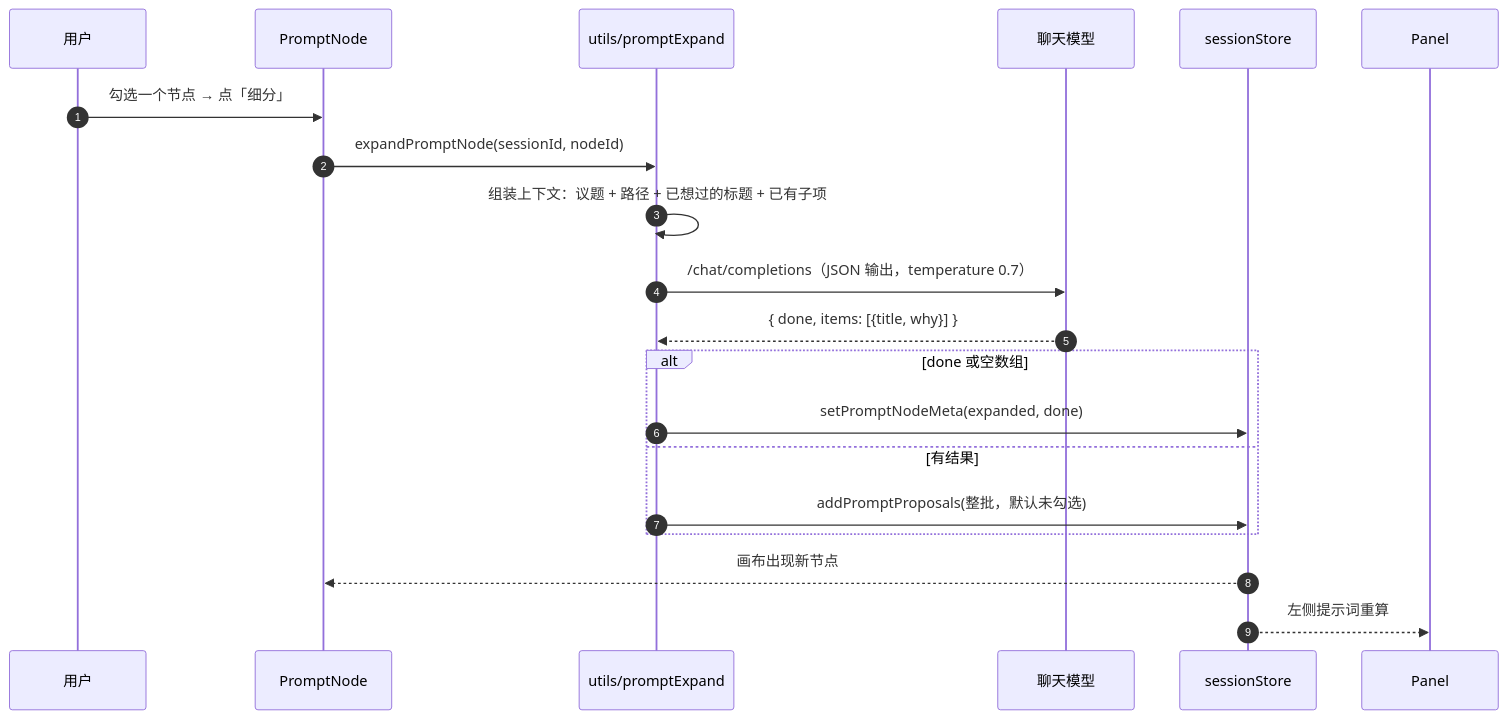
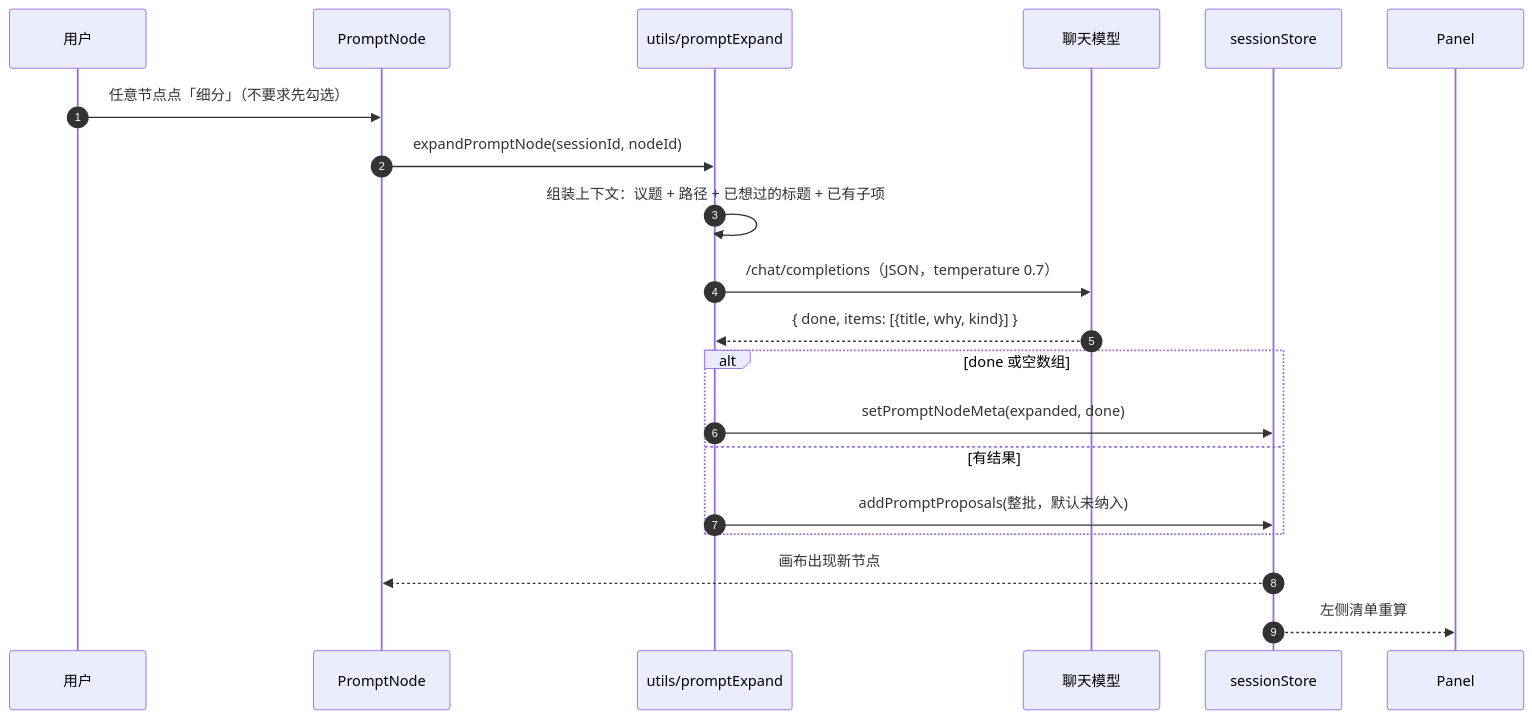
Before and after one commit to ozzzzzh/Prunus: diagram 20 of 23 in docs/ARCHITECTURE.md, drawn with Mermaid. The commit also changed other lines of this file and 11 other files, not shown here.

````diff
--- a/docs/ARCHITECTURE.md
+++ b/docs/ARCHITECTURE.md
@@ -807,22 +849,22 @@
 ```mermaid
 sequenceDiagram
   autonumber
   participant U as 用户
   participant N as PromptNode
   participant E as utils/promptExpand
   participant API as 聊天模型
   participant S as sessionStore
 
-  U->>N: 勾选一个节点 → 点「细分」
+  U->>N: 任意节点点「细分」（不要求先勾选）
   N->>E: expandPromptNode(sessionId, nodeId)
   E->>E: 组装上下文：议题 + 路径 + 已想过的标题 + 已有子项
-  E->>API: /chat/completions（JSON 输出，temperature 0.7）
-  API-->>E: { done, items: [{title, why}] }
+  E->>API: /chat/completions（JSON，temperature 0.7）
+  API-->>E: { done, items: [{title, why, kind}] }
   alt done 或空数组
     E->>S: setPromptNodeMeta(expanded, done)
   else 有结果
-    E->>S: addPromptProposals(整批，默认未勾选)
+    E->>S: addPromptProposals(整批，默认未纳入)
   end
   S-->>N: 画布出现新节点
-  S-->>Panel: 左侧提示词重算
+  S-->>Panel: 左侧清单重算
 ```
````
